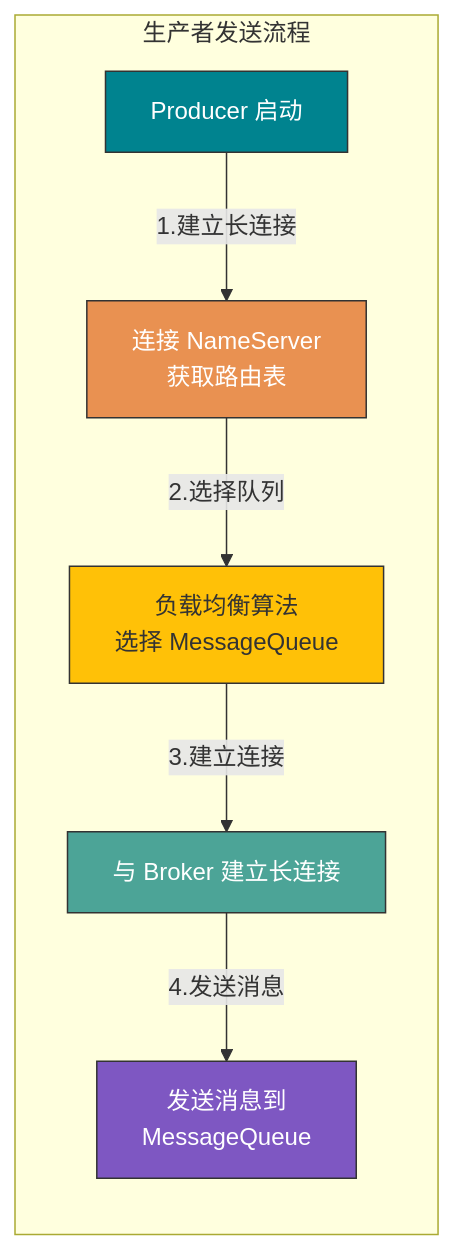
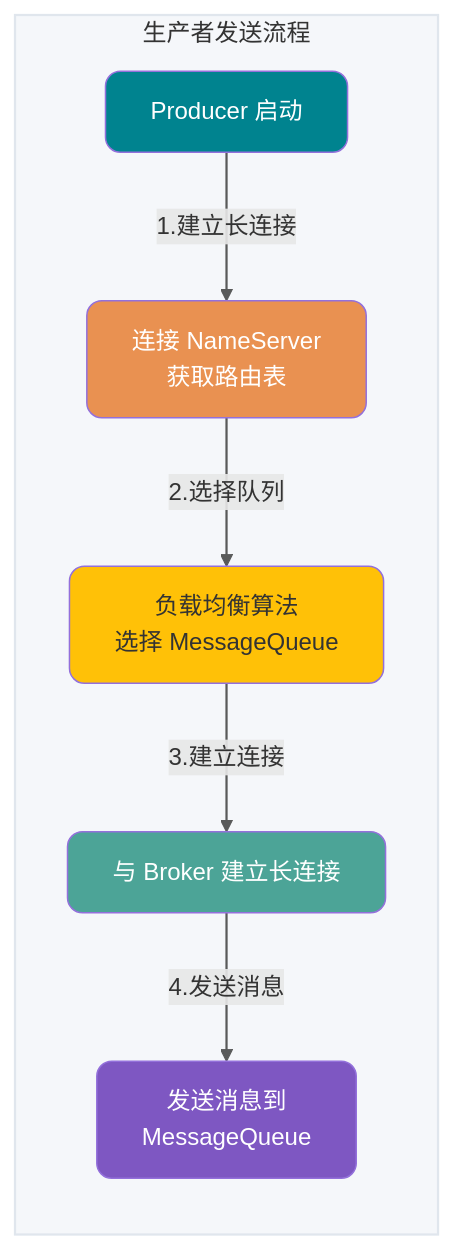
The seventh of 13 diagrams in docs/high-performance/message-queue/rocketmq-questions.md (Snailclimb/JavaGuide), drawn with Mermaid before and after one commit. The commit also changed other lines of this file and 7 other files, not shown here.

Commit message:
docs：mermaid 配图样式优化

````diff
--- a/docs/high-performance/message-queue/rocketmq-questions.md
+++ b/docs/high-performance/message-queue/rocketmq-questions.md
@@ -438,17 +470,26 @@
 ```mermaid
 flowchart TB
     subgraph ProducerFlow["生产者发送流程"]
         direction TB
+        style ProducerFlow fill:#F5F7FA,stroke:#E0E6ED,stroke-width:1.5px
 
         P["Producer 启动"] -->|1.建立长连接| NS1["连接 NameServer<br/>获取路由表"]
         NS1 -->|2.选择队列| LB["负载均衡算法<br/>选择 MessageQueue"]
         LB -->|3.建立连接| BK["与 Broker 建立长连接"]
         BK -->|4.发送消息| MSG["发送消息到<br/>MessageQueue"]
     end
 
-    style P fill:#00838F,stroke:#333,color:#fff
-    style NS1 fill:#E99151,stroke:#333,color:#fff
-    style LB fill:#FFC107,stroke:#333,color:#333
-    style BK fill:#4CA497,stroke:#333,color:#fff
-    style MSG fill:#7E57C2,stroke:#333,color:#fff
+    classDef producer fill:#00838F,color:#fff,rx:10,ry:10
+    classDef ns fill:#E99151,color:#fff,rx:10,ry:10
+    classDef lb fill:#FFC107,color:#333,rx:10,ry:10
+    classDef broker fill:#4CA497,color:#fff,rx:10,ry:10
+    classDef msg fill:#7E57C2,color:#fff,rx:10,ry:10
+
+    class P producer
+    class NS1 ns
+    class LB lb
+    class BK broker
+    class MSG msg
+
+    linkStyle default stroke-width:1.5px,opacity:0.8
 ```
````
